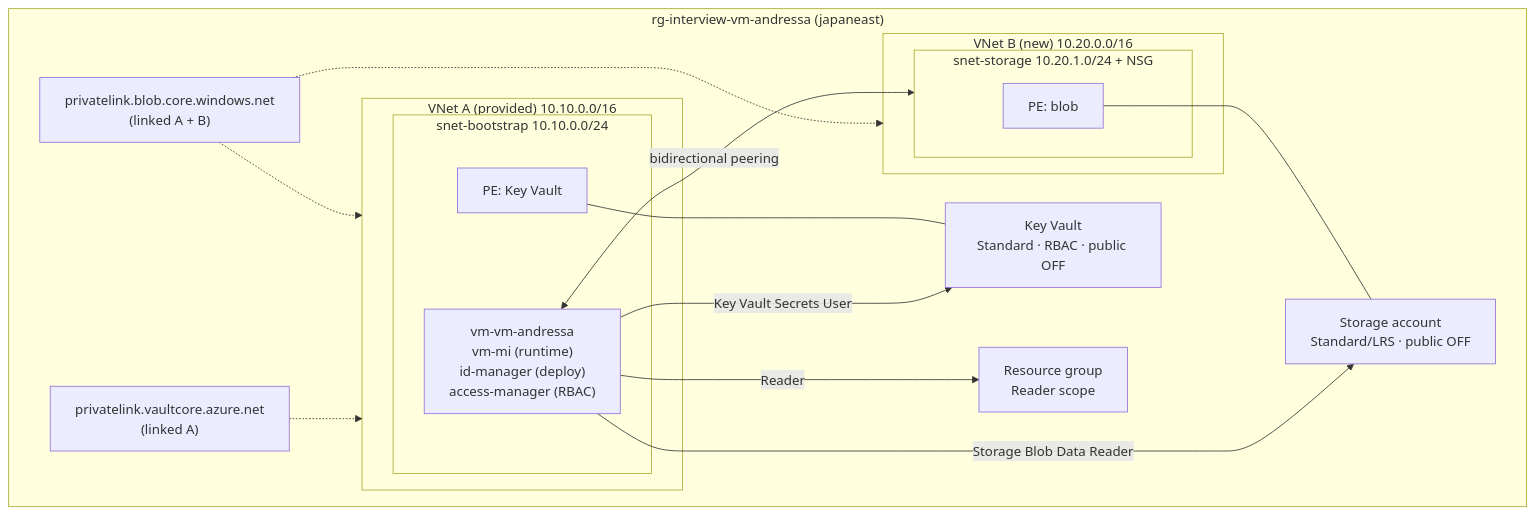
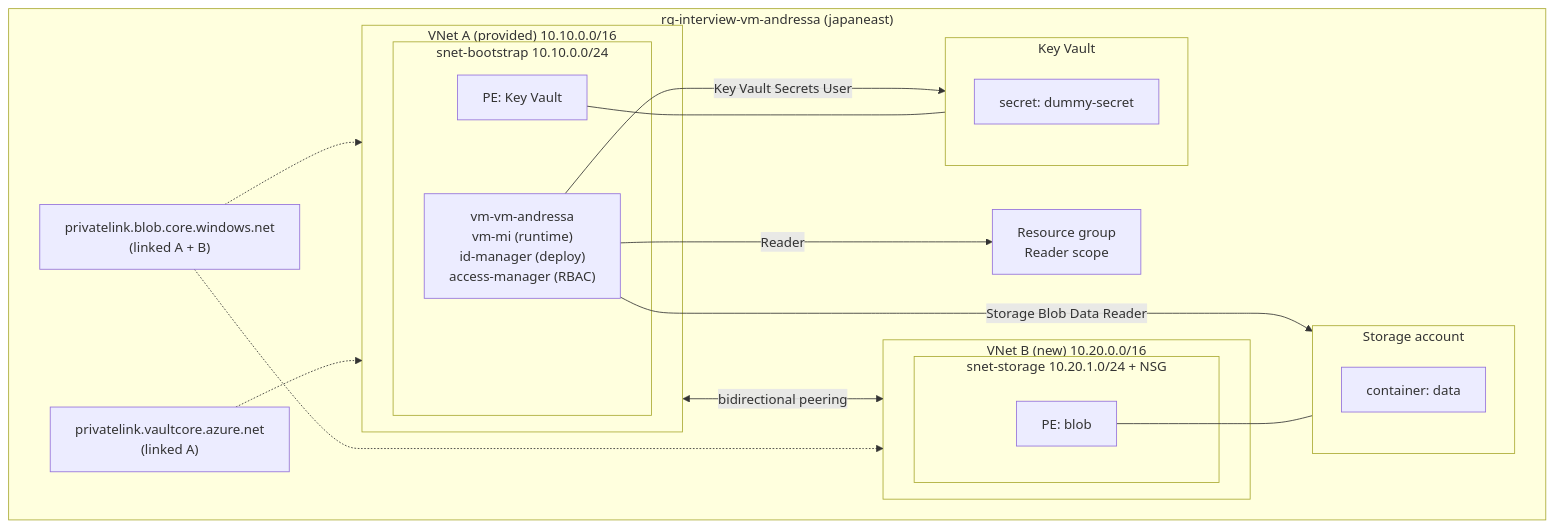
Before and after one commit to panpanpurin/azure-secure-infra-foundation: the diagram in diagrams/architecture.mmd, drawn with Mermaid. The commit also changed 3 other files, not shown here.

Commit message:
chore: fix KV purge on destroy, correct RBAC docs, refresh diagram

```diff
--- a/diagrams/architecture.mmd
+++ b/diagrams/architecture.mmd
@@ -1,40 +1,48 @@
 %% Azure Infrastructure & Identity Challenge — architecture diagram
 %% Render in GitHub, VS Code (Mermaid preview), or https://mermaid.live
 
 flowchart LR
     subgraph RG["rg-interview-vm-andressa (japaneast)"]
         direction LR
 
         subgraph VNETA["VNet A (provided) 10.10.0.0/16"]
             subgraph SNETBOOT["snet-bootstrap 10.10.0.0/24"]
                 VM["vm-vm-andressa<br/>vm-mi (runtime)<br/>id-manager (deploy)<br/>access-manager (RBAC)"]
                 PEV["PE: Key Vault"]
             end
         end
 
         subgraph VNETB["VNet B (new) 10.20.0.0/16"]
             subgraph SNETS["snet-storage 10.20.1.0/24 + NSG"]
                 PEB["PE: blob"]
             end
         end
 
-        VM <-->|"bidirectional peering"| SNETS
-        SA["Storage account<br/>Standard/LRS · public OFF"]
-        KV["Key Vault<br/>Standard · RBAC · public OFF"]
+        VNETA <-->|"bidirectional peering"| VNETB
 
-        PEB --- SA
-        PEV --- KV
+        subgraph SAGROUP["Storage account"]
+            direction TB
+            CONTAINER["container: data"]
+        end
+
+        subgraph KVGROUP["Key Vault"]
+            direction TB
+            SECRET["secret: dummy-secret"]
+        end
+
+        PEB --- SAGROUP
+        PEV --- KVGROUP
 
         DNSB["privatelink.blob.core.windows.net<br/>(linked A + B)"]
         DNSV["privatelink.vaultcore.azure.net<br/>(linked A)"]
 
         DNSB -.-> VNETA
         DNSB -.-> VNETB
         DNSV -.-> VNETA
 
         RGSCOPE["Resource group<br/>Reader scope"]
 
         VM -->|"Reader"| RGSCOPE
-        VM -->|"Key Vault Secrets User"| KV
-        VM -->|"Storage Blob Data Reader"| SA
+        VM -->|"Key Vault Secrets User"| SECRET
+        VM -->|"Storage Blob Data Reader"| CONTAINER
     end
```
